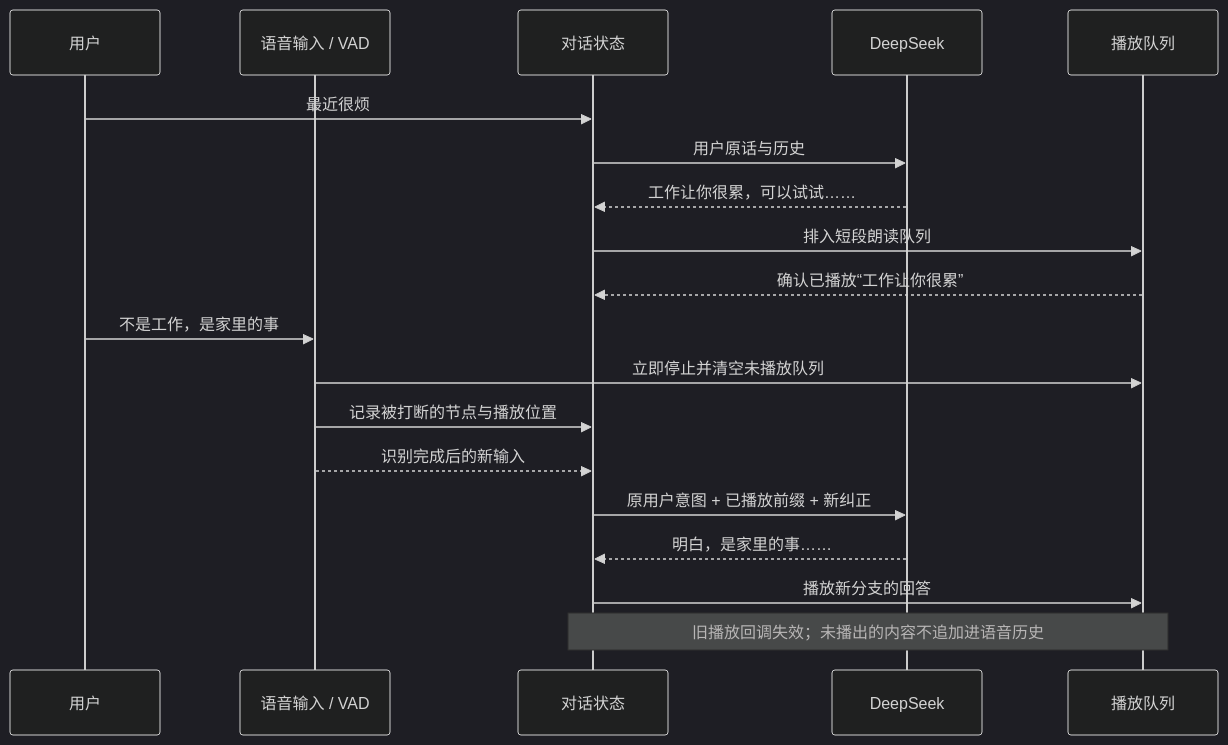
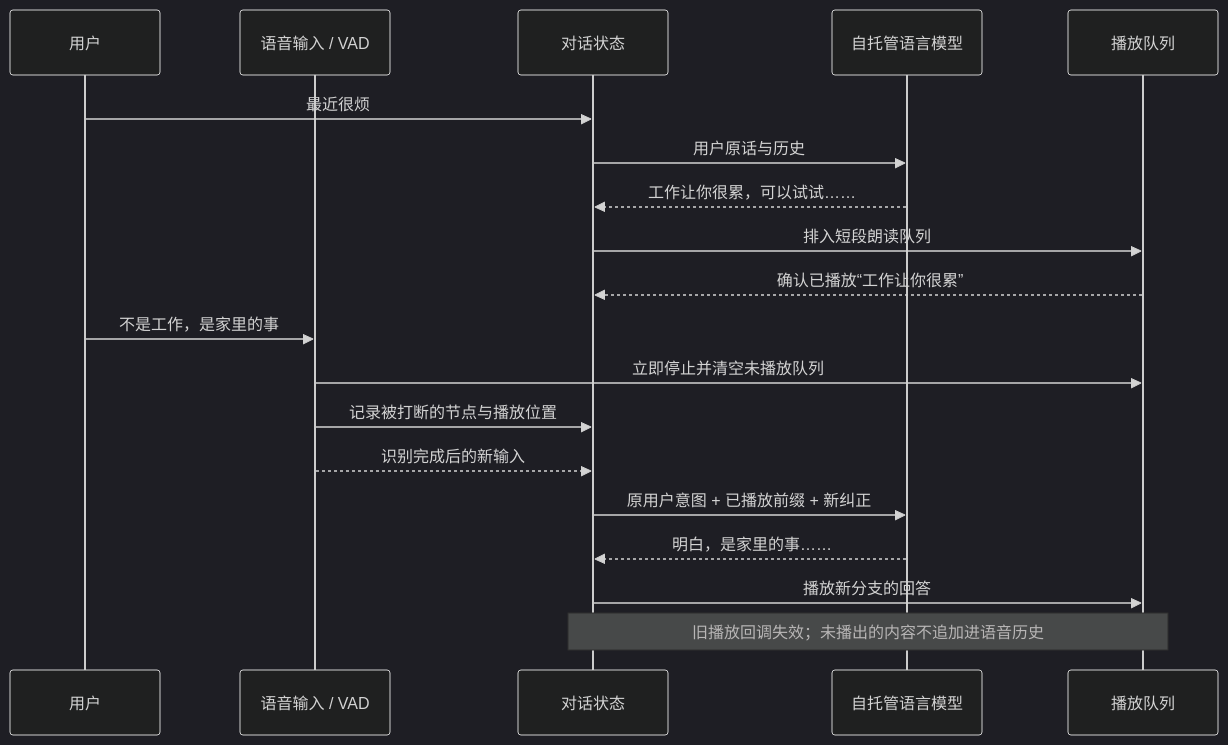
Before and after one commit to wuki-creator/Xim-duplex: the third of 6 diagrams in docs/MODEL_FLOW.md, drawn with Mermaid (dark theme). The commit also changed other lines of this file and 20 other files, not shown here.

````diff
--- a/docs/MODEL_FLOW.md
+++ b/docs/MODEL_FLOW.md
@@ -64,21 +64,21 @@
 ```mermaid
 sequenceDiagram
     participant U as 用户
     participant V as 语音输入 / VAD
     participant D as 对话状态
-    participant L as DeepSeek
+    participant L as 自托管语言模型
     participant P as 播放队列
     U->>D: 最近很烦
     D->>L: 用户原话与历史
     L-->>D: 工作让你很累，可以试试……
     D->>P: 排入短段朗读队列
     P-->>D: 确认已播放“工作让你很累”
     U->>V: 不是工作，是家里的事
     V->>P: 立即停止并清空未播放队列
     V->>D: 记录被打断的节点与播放位置
     V-->>D: 识别完成后的新输入
     D->>L: 原用户意图 + 已播放前缀 + 新纠正
     L-->>D: 明白，是家里的事……
     D->>P: 播放新分支的回答
     Note over D,P: 旧播放回调失效；未播出的内容不追加进语音历史
 ```
````
